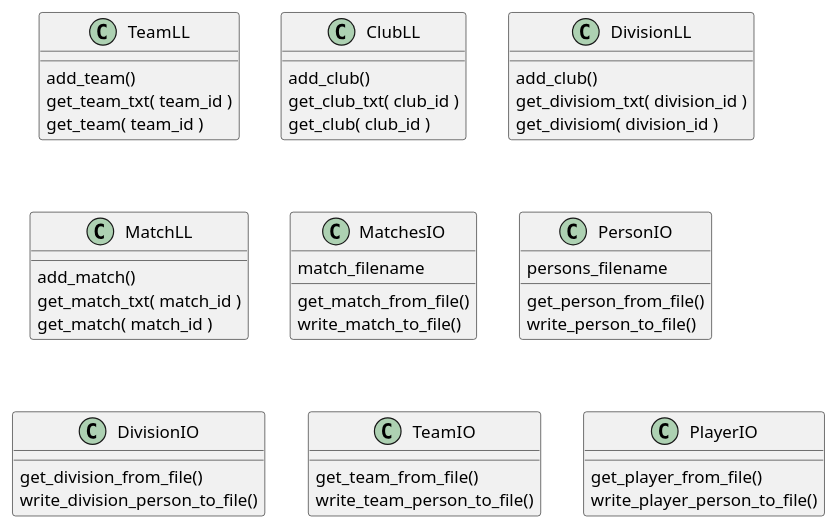
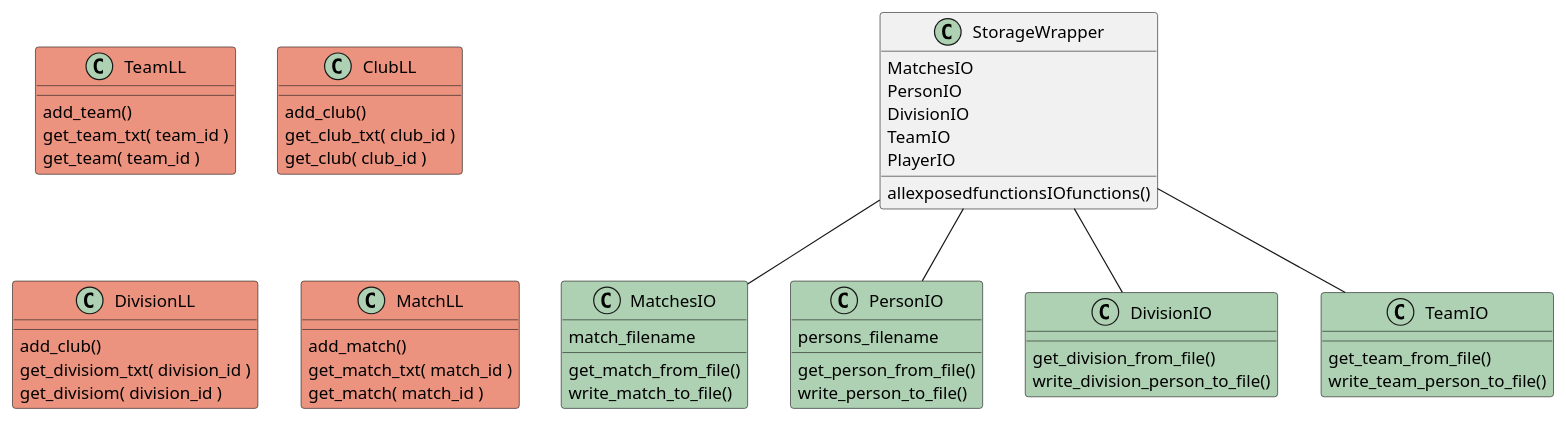
Before and after one commit to StankWizardLizard/VNL1-2022-HOPUR-28: the diagram in Honnun/ClassDiagram/threeLayer.puml, drawn with PlantUML.

Commit message:
added storage layer

```diff
--- a/Honnun/ClassDiagram/threeLayer.puml
+++ b/Honnun/ClassDiagram/threeLayer.puml
@@ -1,64 +1,73 @@
 @startuml
-skinparam  class {
-    BackgroundColor<<personnel>> #A9DCDF
-}
 
 
-class TeamLL {
+
+
+
+
+
+class TeamLL #EB937F{
     add_team()
     get_team_txt( team_id )
     get_team( team_id )
 }
 
-class ClubLL {
+class ClubLL #EB937F {
     add_club()
     get_club_txt( club_id )
     get_club( club_id )
 }
 
-class DivisionLL{
+class DivisionLL #EB937F {
     add_club()
     get_divisiom_txt( division_id )
     get_divisiom( division_id )
 }
 
-class MatchLL {
+class MatchLL #EB937F{
     add_match()
     get_match_txt( match_id )   
     get_match( match_id )   
 }
 
 
 /'
 Storage layer
 '/
+class StorageWrapper{
+    MatchesIO
+    PersonIO
+    DivisionIO
+    TeamIO
+    PlayerIO
+    allexposedfunctionsIOfunctions()
 
+}
 
-
-class MatchesIO{
+class MatchesIO #ADD1b2{
     match_filename
     get_match_from_file()
     write_match_to_file()
 
 }
-class PersonIO{
+class PersonIO #ADD1b2{
     persons_filename
     get_person_from_file()
     write_person_to_file()
 
 }
-class DivisionIO{
+class DivisionIO #ADD1b2{
     get_division_from_file()
     write_division_person_to_file()
 }
-class TeamIO    {
+class TeamIO  #ADD1b2  {
     get_team_from_file()
     write_team_person_to_file()
 }
-class PlayerIO  {
-    get_player_from_file()
-    write_player_person_to_file()
-}
 
+StorageWrapper -- MatchesIO
+StorageWrapper -- PersonIO
+StorageWrapper -- DivisionIO
+StorageWrapper -- TeamIO
 
 @enduml
```
